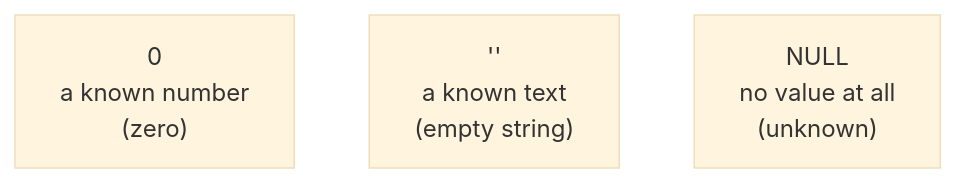
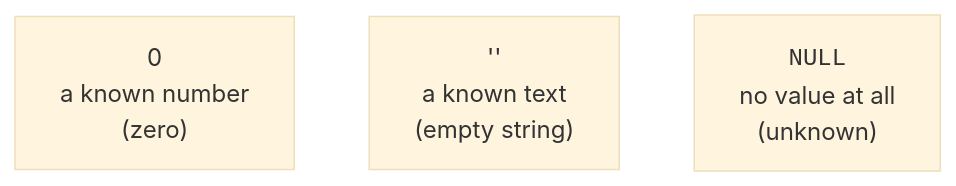
One commit to dataslope/dataslope changed the first of 2 diagrams in content/courses/intro-sql-postgres/working-with-null.mdx. Above: the diagram before and after it, drawn with Mermaid (base theme). The commit also changed other lines of this file and 283 other files, not shown here.

First line of the commit message:
Diagrams as elements, not characters: fix the box model, sweep the corpus, and make syntax breakdowns a convention (#652)

````diff
--- a/content/courses/intro-sql-postgres/working-with-null.mdx
+++ b/content/courses/intro-sql-postgres/working-with-null.mdx
@@ -26,6 +26,6 @@
 ```mermaid
 flowchart TB
     Z["0<br/>a known number<br/>(zero)"]
     E["''<br/>a known text<br/>(empty string)"]
-    N["NULL<br/>no value at all<br/>(unknown)"]
+    N["<code>NULL</code><br/>no value at all<br/>(unknown)"]
 ```
````
